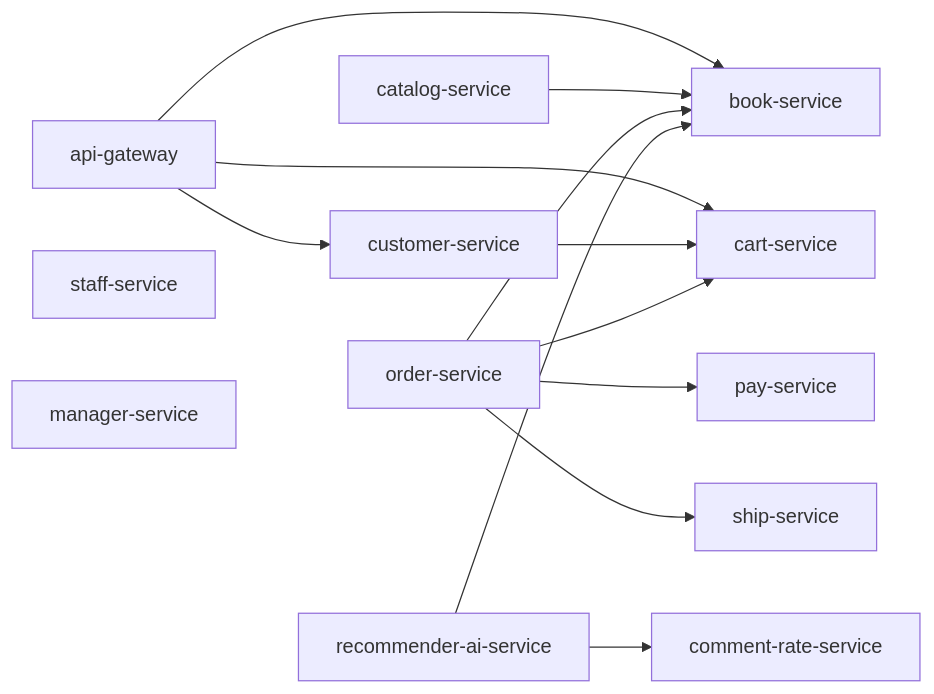
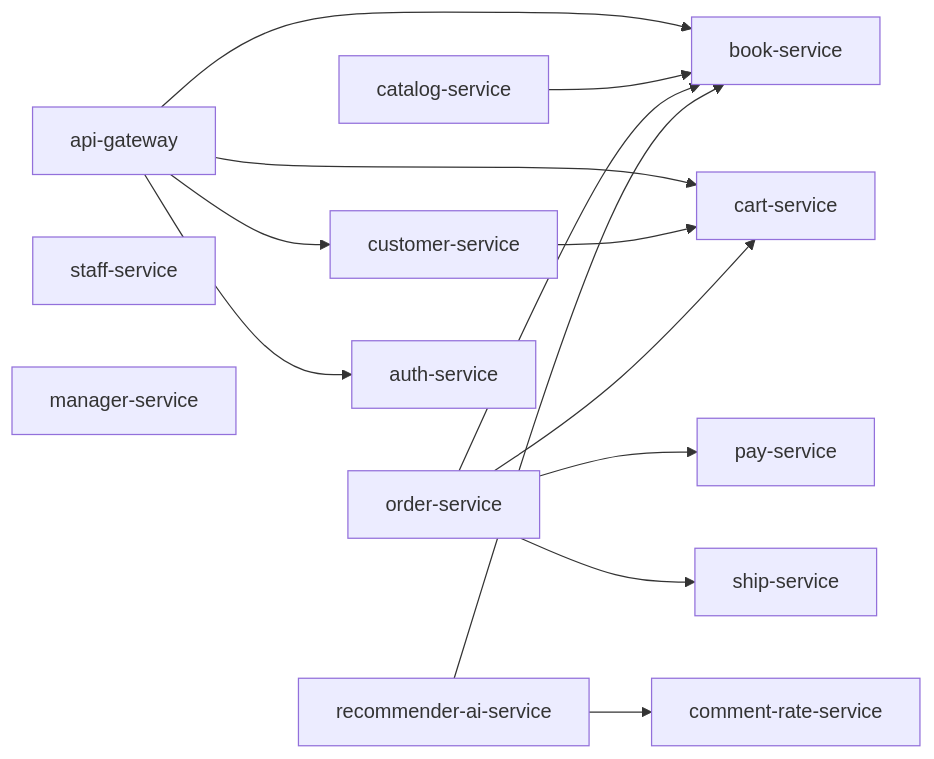
One commit to tho179/e-commerce_with_AI changed the diagram in docs/architecture.md. Above: the diagram before and after it, drawn with Mermaid. The commit also changed other lines of this file and 133 other files, not shown here.

Commit message:
feat: add auth service, split category services, gateway role-based UI, telemetry and internal service security

````diff
--- a/docs/architecture.md
+++ b/docs/architecture.md
@@ -5,27 +5,29 @@
 ```mermaid
 flowchart LR
     AG[api-gateway]
     CUS[customer-service]
     CART[cart-service]
     BOOK[book-service]
     CAT[catalog-service]
     ORD[order-service]
     PAY[pay-service]
     SHIP[ship-service]
     RATE[comment-rate-service]
     REC[recommender-ai-service]
     STAFF[staff-service]
     MAN[manager-service]
+    AUTH[auth-service]
 
     AG --> BOOK
     AG --> CART
     AG --> CUS
     CUS --> CART
     CAT --> BOOK
     ORD --> CART
     ORD --> BOOK
     ORD --> PAY
     ORD --> SHIP
     REC --> BOOK
     REC --> RATE
+    AG --> AUTH
 ```
````
